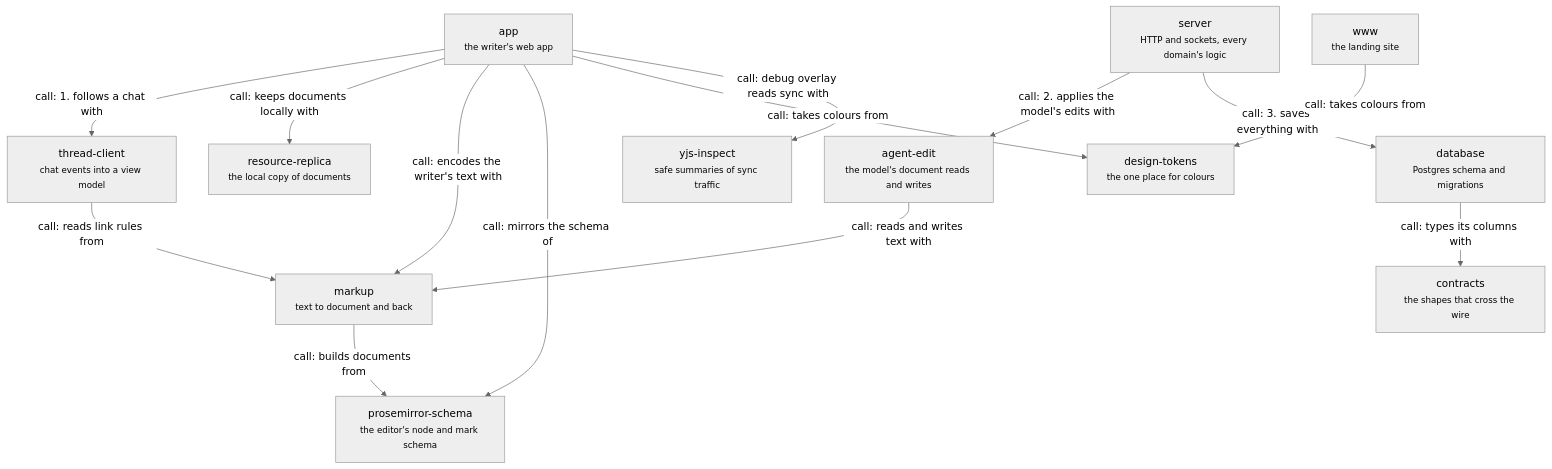
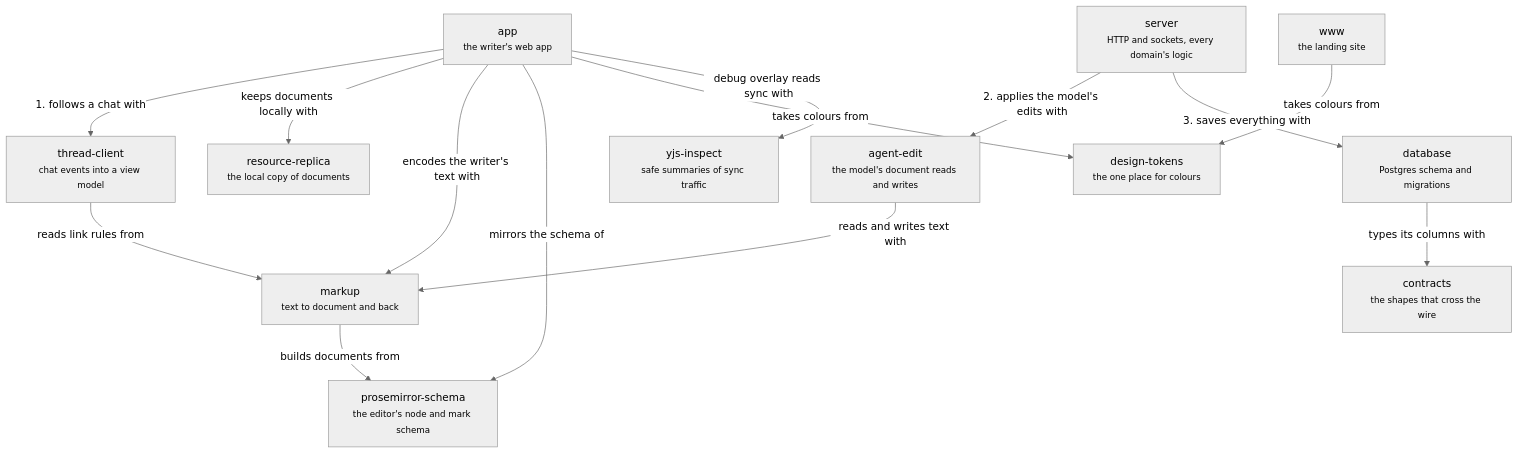
One commit to haowjy/meridian-flow changed the diagram in .context/system-architecture/code.md. Above: the diagram before and after it, drawn with Mermaid (neutral theme). The commit also changed 13 other files, not shown here.

````diff
--- a/.context/system-architecture/code.md
+++ b/.context/system-architecture/code.md
@@ -10,28 +10,28 @@
 ```mermaid
 flowchart TB
   app["app<br/><small>the writer's web app</small>"]:::module
   server["server<br/><small>HTTP and sockets, every domain's logic</small>"]:::module
   www["www<br/><small>the landing site</small>"]:::module
   thread-client["thread-client<br/><small>chat events into a view model</small>"]:::package
   resource-replica["resource-replica<br/><small>the local copy of documents</small>"]:::package
   agent-edit["agent-edit<br/><small>the model's document reads and writes</small>"]:::package
   markup["markup<br/><small>text to document and back</small>"]:::package
   prosemirror-schema["prosemirror-schema<br/><small>the editor's node and mark schema</small>"]:::package
   database["database<br/><small>Postgres schema and migrations</small>"]:::package
   contracts["contracts<br/><small>the shapes that cross the wire</small>"]:::package
   design-tokens["design-tokens<br/><small>the one place for colours</small>"]:::package
   yjs-inspect["yjs-inspect<br/><small>safe summaries of sync traffic</small>"]:::package
-  app -->|"call: 1. follows a chat with"| thread-client
-  app -->|"call: keeps documents locally with"| resource-replica
-  app -->|"call: encodes the writer's text with"| markup
-  server -->|"call: 2. applies the model's edits with"| agent-edit
-  server -->|"call: 3. saves everything with"| database
-  agent-edit -->|"call: reads and writes text with"| markup
-  thread-client -->|"call: reads link rules from"| markup
-  markup -->|"call: builds documents from"| prosemirror-schema
-  app -->|"call: mirrors the schema of"| prosemirror-schema
-  database -->|"call: types its columns with"| contracts
-  app -->|"call: takes colours from"| design-tokens
-  www -->|"call: takes colours from"| design-tokens
-  app -->|"call: debug overlay reads sync with"| yjs-inspect
+  app -->|"1. follows a chat with"| thread-client
+  app -->|"keeps documents locally with"| resource-replica
+  app -->|"encodes the writer's text with"| markup
+  server -->|"2. applies the model's edits with"| agent-edit
+  server -->|"3. saves everything with"| database
+  agent-edit -->|"reads and writes text with"| markup
+  thread-client -->|"reads link rules from"| markup
+  markup -->|"builds documents from"| prosemirror-schema
+  app -->|"mirrors the schema of"| prosemirror-schema
+  database -->|"types its columns with"| contracts
+  app -->|"takes colours from"| design-tokens
+  www -->|"takes colours from"| design-tokens
+  app -->|"debug overlay reads sync with"| yjs-inspect
 ```
````
